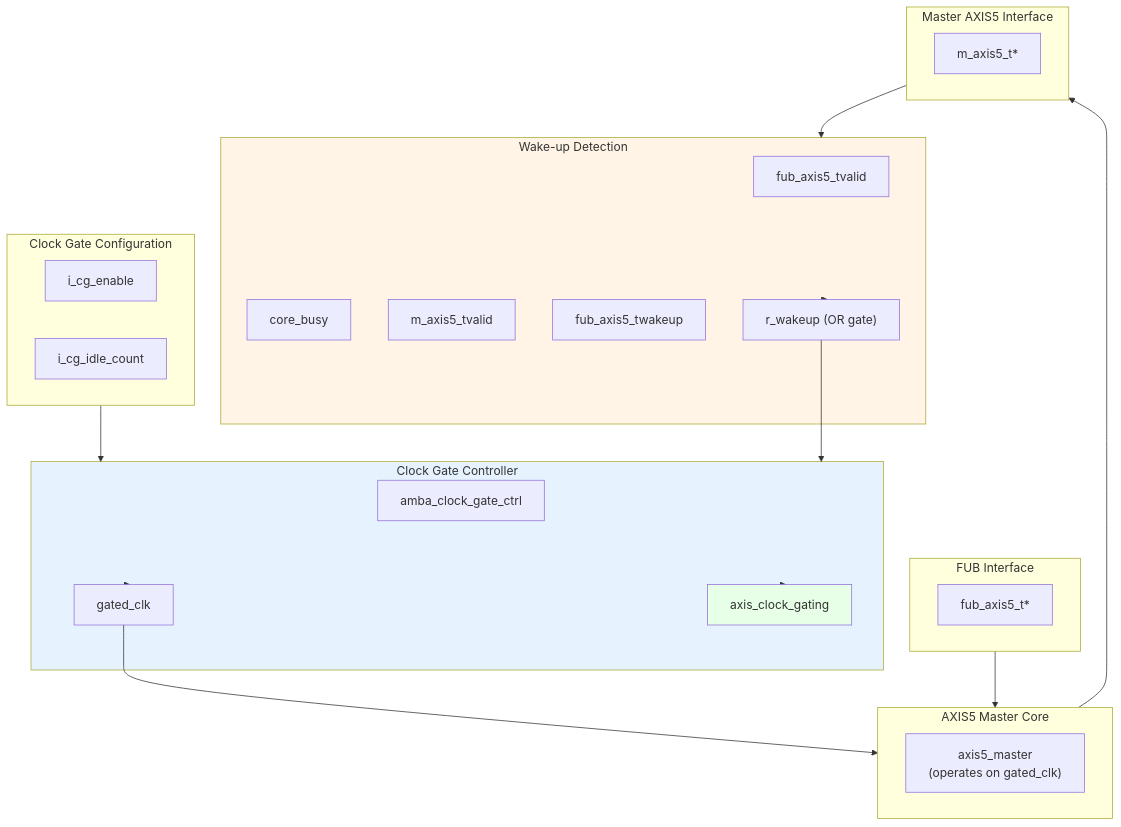
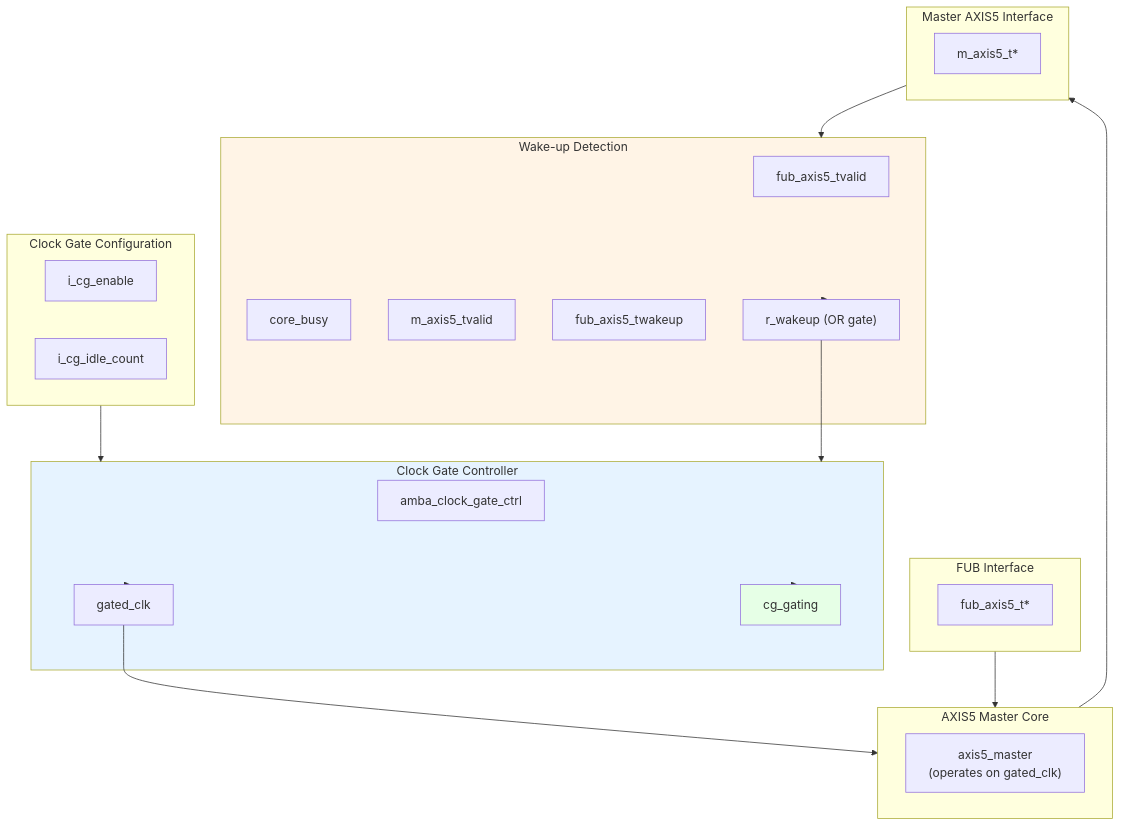
Before and after one commit to sean-galloway/RTLDesignSherpa: the diagram in docs/markdown/rtl-amba/axis5/axis5_master_cg.md, drawn with Mermaid. The commit also changed other lines of this file and 26 other files, not shown here.

````diff
--- a/docs/markdown/rtl-amba/axis5/axis5_master_cg.md
+++ b/docs/markdown/rtl-amba/axis5/axis5_master_cg.md
@@ -149,47 +150,47 @@
 ```mermaid
 flowchart TB
     subgraph CONFIG["Clock Gate Configuration"]
         cg_en["i_cg_enable"]
         cg_cnt["i_cg_idle_count"]
     end
 
     subgraph WAKEUP["Wake-up Detection"]
         fub_valid["fub_axis5_tvalid"]
         core_busy["core_busy"]
         m_valid["m_axis5_tvalid"]
         twakeup["fub_axis5_twakeup"]
         r_wakeup["r_wakeup (OR gate)"]
     end
 
     subgraph CG_CTRL["Clock Gate Controller"]
         ctrl["amba_clock_gate_ctrl"]
         gated_clk["gated_clk"]
-        gating_status["axis_clock_gating"]
+        gating_status["cg_gating"]
     end
 
     subgraph CORE["AXIS5 Master Core"]
         master["axis5_master<br/>(operates on gated_clk)"]
     end
 
     subgraph INPUT["FUB Interface"]
         fub_in["fub_axis5_t*"]
     end
 
     subgraph OUTPUT["Master AXIS5 Interface"]
         m_out["m_axis5_t*"]
     end
 
     CONFIG --> CG_CTRL
     WAKEUP --> r_wakeup
     r_wakeup --> CG_CTRL
     CG_CTRL --> gated_clk
     CG_CTRL --> gating_status
     gated_clk --> CORE
     INPUT --> CORE
     CORE --> OUTPUT
     OUTPUT --> WAKEUP
 
     style CG_CTRL fill:#e6f3ff
     style WAKEUP fill:#fff4e6
     style gating_status fill:#e6ffe6
 ```
````
